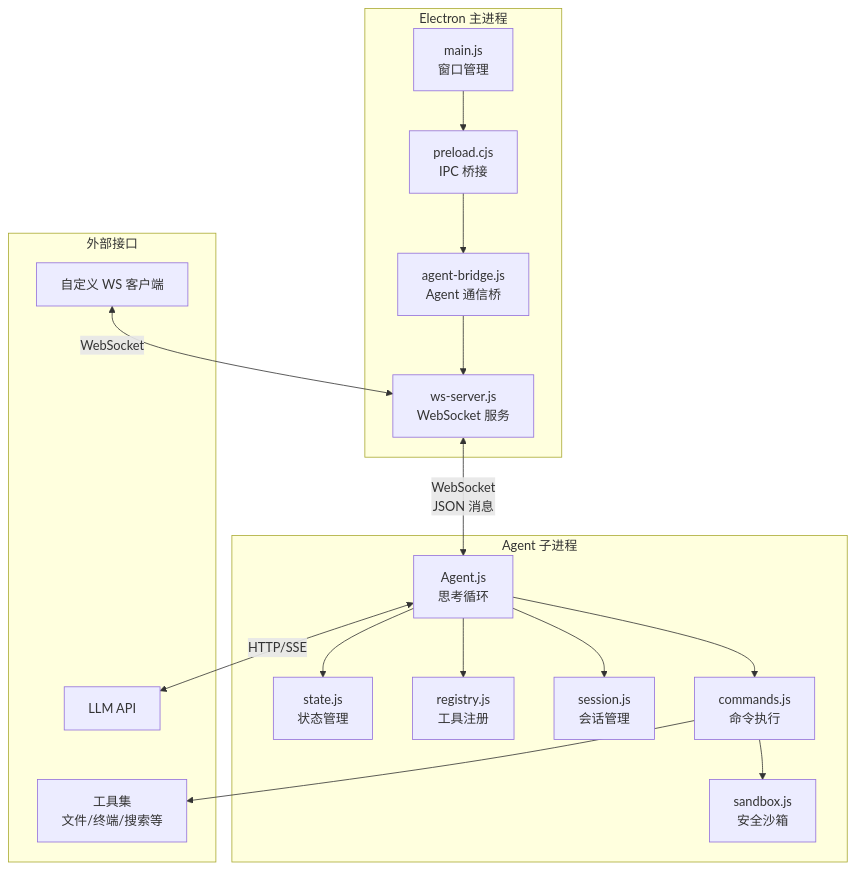
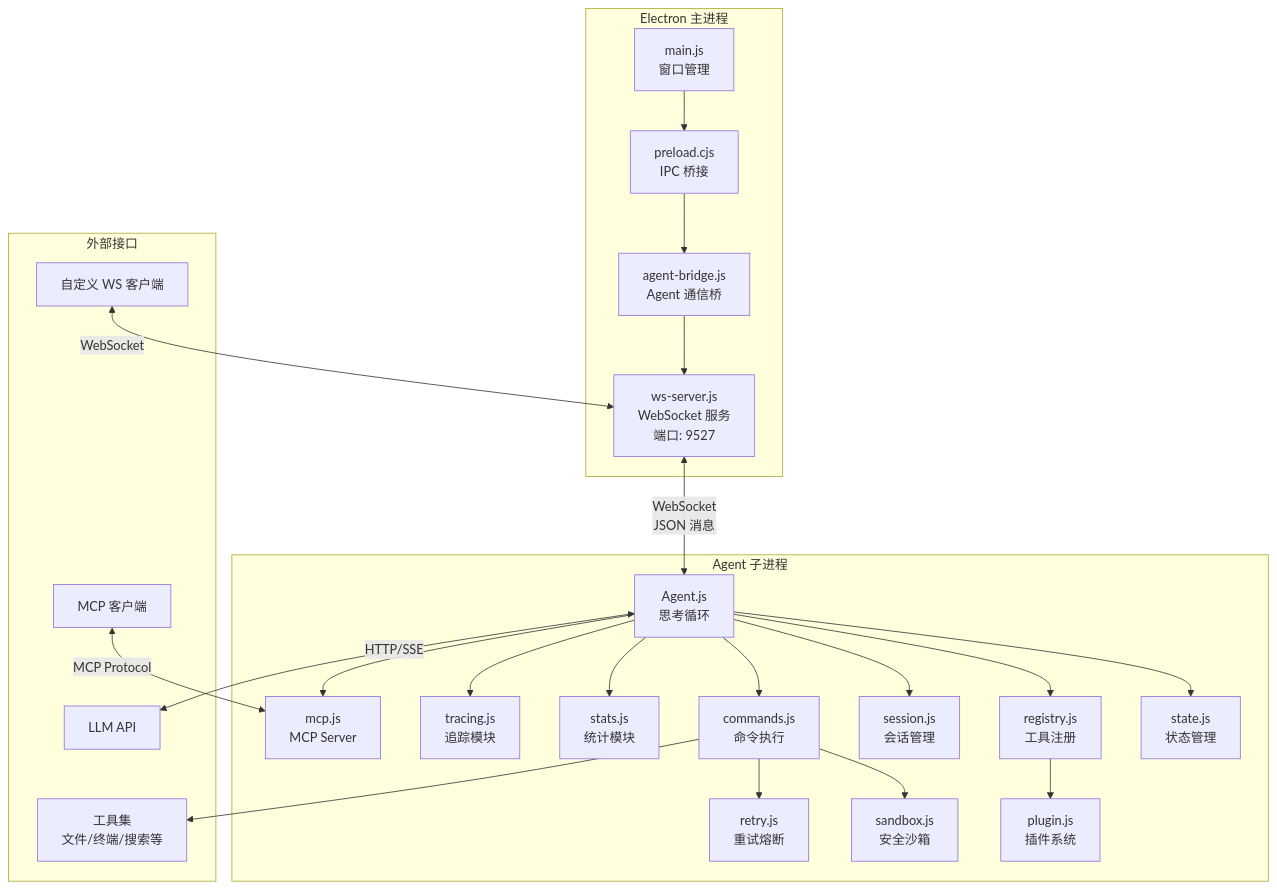
The first of 7 diagrams in introduction/architecture.md (1486853830/CogitoAgent), drawn with Mermaid before and after one commit. The commit also changed other lines of this file and 5 other files, not shown here.

````diff
--- a/introduction/architecture.md
+++ b/introduction/architecture.md
@@ -23,44 +28,52 @@
 ```mermaid
 flowchart TB
     subgraph Electron["Electron 主进程"]
         Main["main.js<br/>窗口管理"]
         Preload["preload.cjs<br/>IPC 桥接"]
         Bridge["agent-bridge.js<br/>Agent 通信桥"]
-        WSServer["ws-server.js<br/>WebSocket 服务"]
+        WSServer["ws-server.js<br/>WebSocket 服务<br/>端口: 9527"]
     end
 
     subgraph Subprocess["Agent 子进程"]
         Agent["Agent.js<br/>思考循环"]
         State["state.js<br/>状态管理"]
         Registry["registry.js<br/>工具注册"]
         Session["session.js<br/>会话管理"]
         Commands["commands.js<br/>命令执行"]
         Sandbox["sandbox.js<br/>安全沙箱"]
+        Stats["stats.js<br/>统计模块"]
+        Tracing["tracing.js<br/>追踪模块"]
+        Retry["retry.js<br/>重试熔断"]
+        MCP["mcp.js<br/>MCP Server"]
+        Plugin["plugin.js<br/>插件系统"]
     end
 
     subgraph External["外部接口"]
         LLM["LLM API"]
         Tools["工具集<br/>文件/终端/搜索等"]
         WSClient["自定义 WS 客户端"]
+        MCPClient["MCP 客户端"]
     end
 
-    %% Electron 内部关系
     Main --> Preload
     Preload --> Bridge
     Bridge --> WSServer
 
-    %% 子进程内部关系
     Agent --> State
     Agent --> Registry
     Agent --> Session
     Agent --> Commands
+    Agent --> Stats
+    Agent --> Tracing
     Commands --> Sandbox
+    Commands --> Retry
+    Registry --> Plugin
+    Agent --> MCP
 
-    %% 跨进程通信
     WSServer <-->|"WebSocket<br/>JSON 消息"| Agent
 
-    %% 外部通信
     Agent <-->|"HTTP/SSE"| LLM
     Commands --> Tools
     WSClient <-->|"WebSocket"| WSServer
+    MCPClient <-->|"MCP Protocol"| MCP
 ```
````
